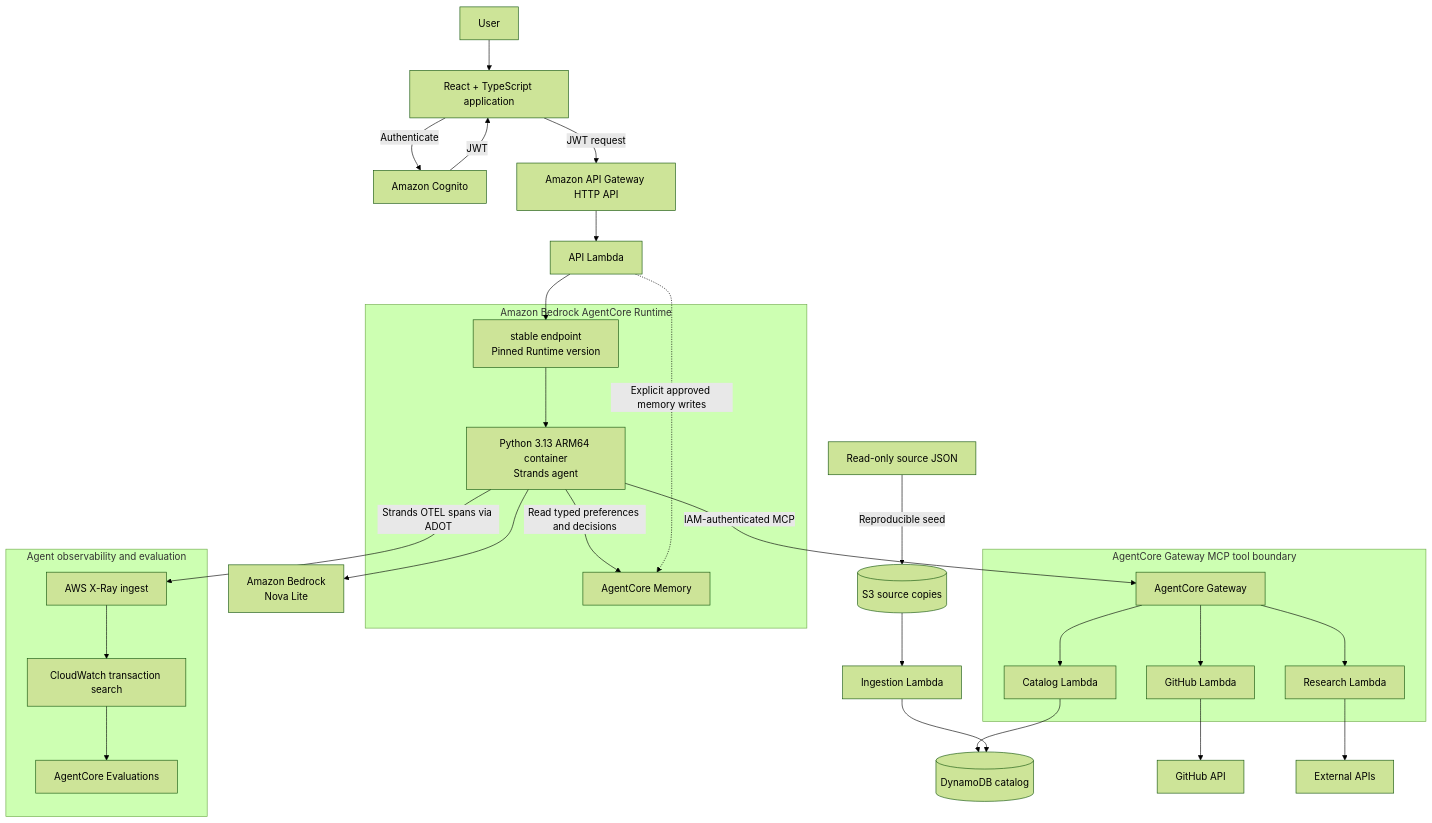
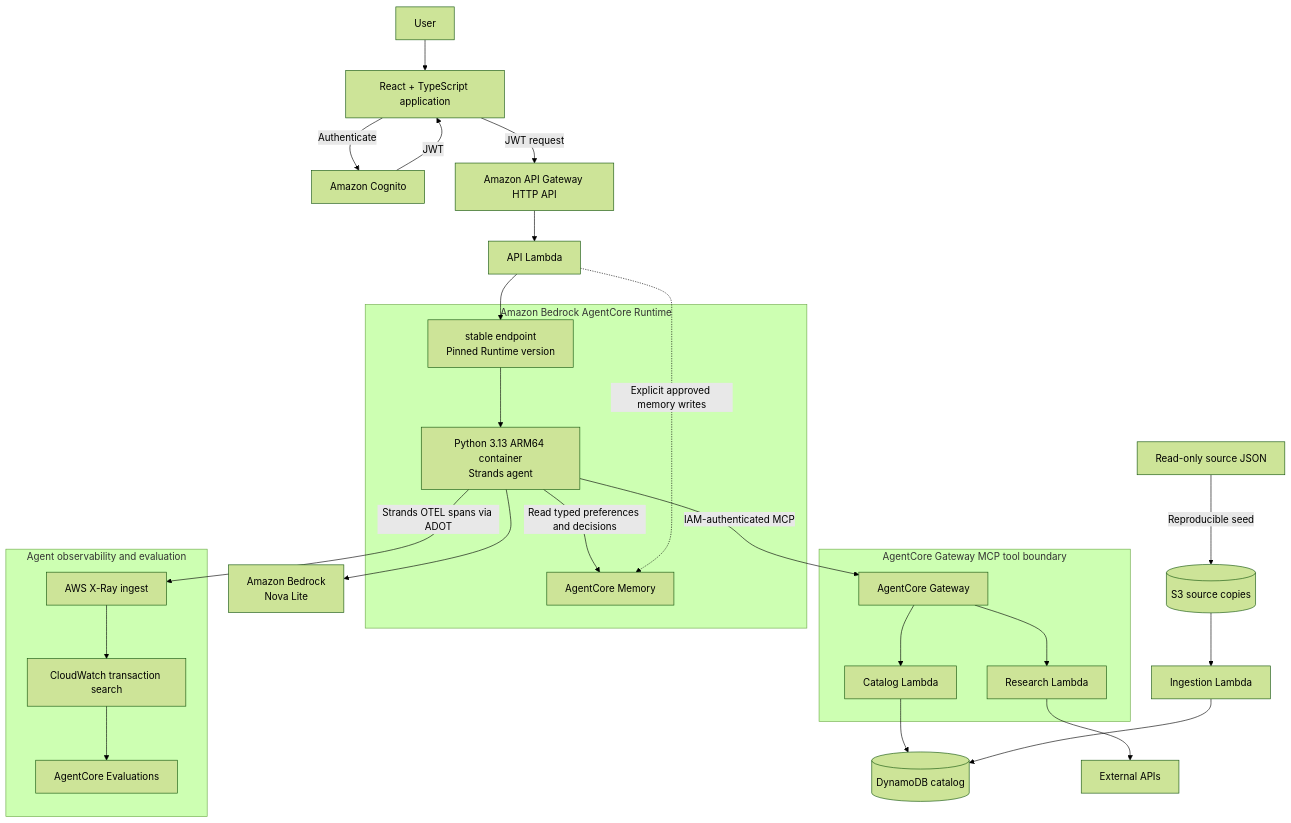
The diagram in README.md (barrettotte/praxis), drawn with Mermaid (forest theme) before and after one commit. The commit also changed 20 other files, not shown here.

````diff
--- a/README.md
+++ b/README.md
@@ -9,48 +9,45 @@
 ```mermaid
 flowchart TD
     user[User] --> ui[React + TypeScript application]
     ui -->|Authenticate| cognito[Amazon Cognito]
     cognito -->|JWT| ui
     ui -->|JWT request| apiGateway[Amazon API Gateway HTTP API]
     apiGateway --> apiLambda[API Lambda]
 
     subgraph runtime[Amazon Bedrock AgentCore Runtime]
         runtimeEndpoint[stable endpoint<br/>Pinned Runtime version]
         agent[Python 3.13 ARM64 container<br/>Strands agent]
         memory[AgentCore Memory]
         runtimeEndpoint --> agent
         agent -->|Read typed preferences and decisions| memory
     end
 
     apiLambda --> runtimeEndpoint
     apiLambda -.->|Explicit approved memory writes| memory
     agent --> bedrock[Amazon Bedrock<br/>Nova Lite]
 
     subgraph observability[Agent observability and evaluation]
         xray[AWS X-Ray ingest]
         cloudwatch[CloudWatch transaction search]
         evaluations[AgentCore Evaluations]
         xray --> cloudwatch --> evaluations
     end
 
     agent -->|Strands OTEL spans via ADOT| xray
 
     subgraph tools[AgentCore Gateway MCP tool boundary]
         gateway[AgentCore Gateway]
         catalogLambda[Catalog Lambda]
-        githubLambda[GitHub Lambda]
         researchLambda[Research Lambda]
         gateway --> catalogLambda
-        gateway --> githubLambda
         gateway --> researchLambda
     end
 
     agent -->|IAM-authenticated MCP| gateway
     catalogLambda --> catalog[(DynamoDB catalog)]
-    githubLambda --> github[GitHub API]
     researchLambda --> external[External APIs]
 
     sources[Read-only source JSON] -->|Reproducible seed| sourceBucket[(S3 source copies)]
     sourceBucket --> ingestion[Ingestion Lambda]
     ingestion --> catalog
 ```
````
